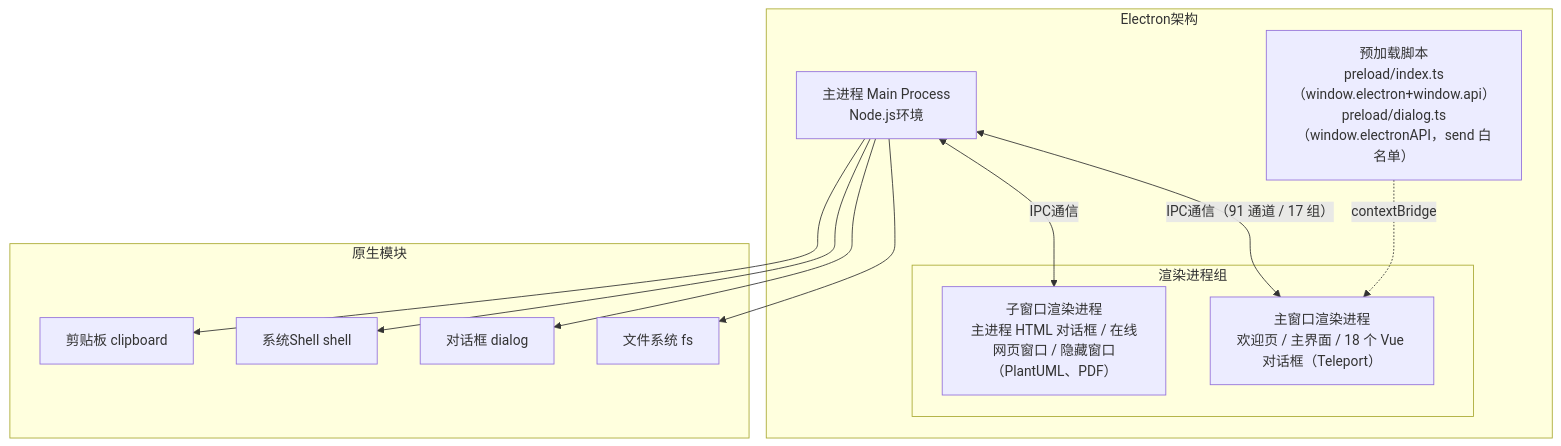
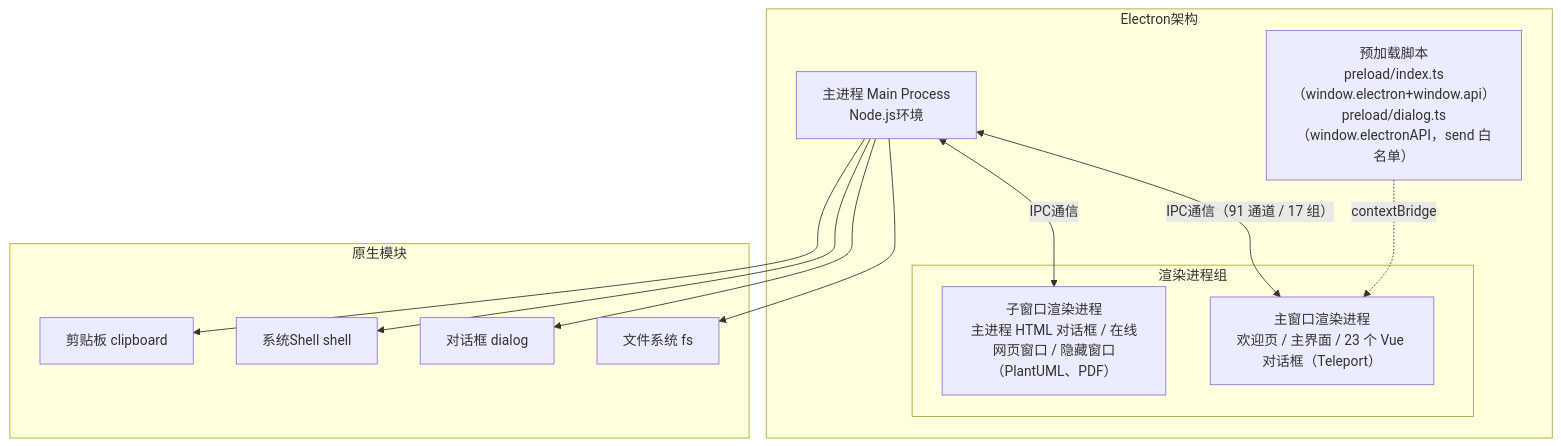
The sixth of 34 diagrams in docs/wiki/02-设计与架构/架构文档.md (hemy08/BaiZeNotesByVue), drawn with Mermaid before and after one commit. The commit also changed other lines of this file and 35 other files, not shown here.

````diff
--- a/docs/wiki/02-设计与架构/架构文档.md
+++ b/docs/wiki/02-设计与架构/架构文档.md
@@ -335,29 +335,29 @@
 ```mermaid
 graph TB
     subgraph Electron架构
         MAIN[主进程 Main Process<br/>Node.js环境]
         
         subgraph 渲染进程组
-            RENDERER[主窗口渲染进程<br/>欢迎页 / 主界面 / 18 个 Vue 对话框（Teleport）]
+            RENDERER[主窗口渲染进程<br/>欢迎页 / 主界面 / 23 个 Vue 对话框（Teleport）]
             RENDERER2[子窗口渲染进程<br/>主进程 HTML 对话框 / 在线网页窗口 / 隐藏窗口（PlantUML、PDF）]
         end
         
         PRELOAD[预加载脚本<br/>preload/index.ts（window.electron+window.api）<br/>preload/dialog.ts（window.electronAPI，send 白名单）]
         
         MAIN <-->|IPC通信（91 通道 / 17 组）| RENDERER
         MAIN <-->|IPC通信| RENDERER2
         PRELOAD -.->|contextBridge| RENDERER
     end
     
     subgraph 原生模块
         FS[文件系统 fs]
         DIALOG[对话框 dialog]
         SHELL[系统Shell shell]
         CLIPBOARD[剪贴板 clipboard]
     end
     
     MAIN --> FS
     MAIN --> DIALOG
     MAIN --> SHELL
     MAIN --> CLIPBOARD
 ```
````
